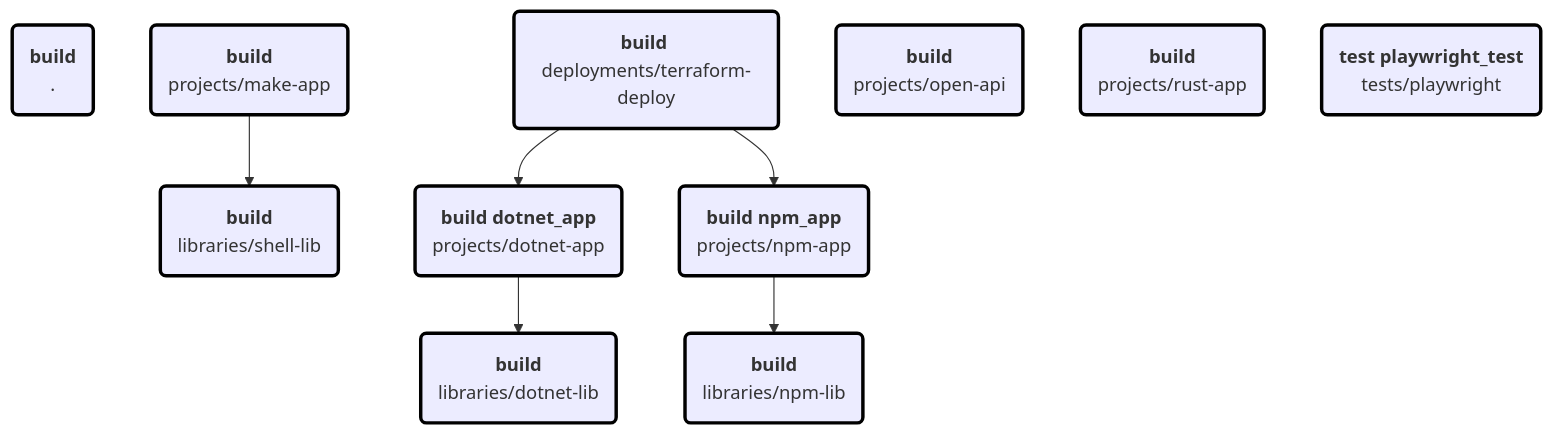
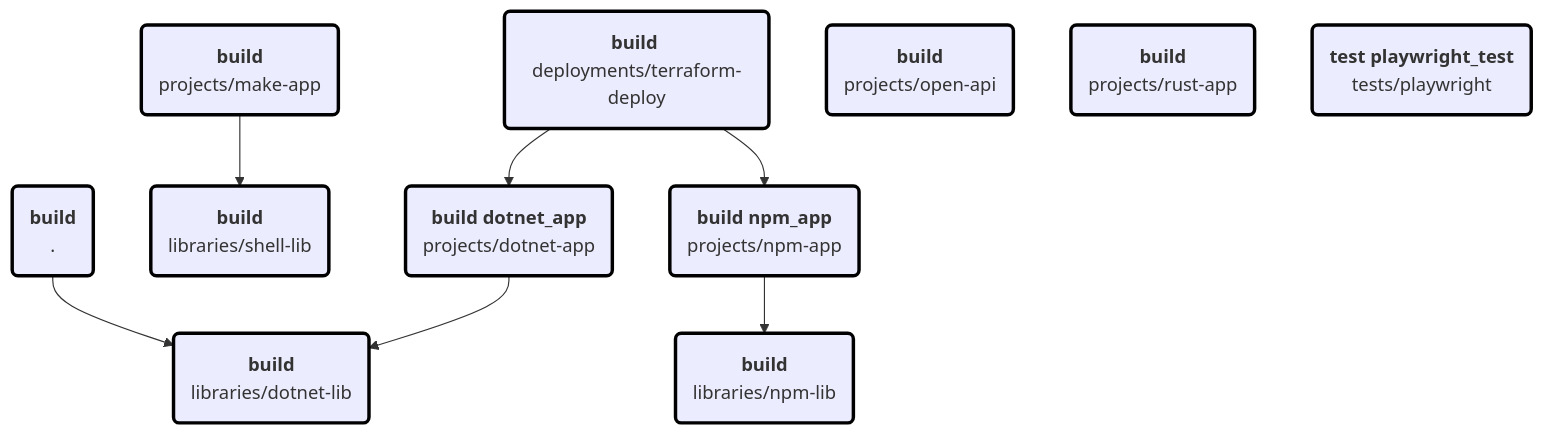
One commit to MagnusOpera/terrabuild changed the diagram in tests/simple/results/terrabuild-debug.info.md. Above: the diagram before and after it, drawn with Mermaid. The commit also changed 3 other files, not shown here.

````diff
--- a/tests/simple/results/terrabuild-debug.info.md
+++ b/tests/simple/results/terrabuild-debug.info.md
@@ -14,44 +14,45 @@
 ```mermaid
 flowchart TD
 classDef build stroke:red,stroke-width:3px
 classDef restore stroke:orange,stroke-width:3px
 classDef ignore stroke:black,stroke-width:3px
 76E6F8566C567ED61454D9A9EC6ED7D096DBD92DDB5CAD796F9B7EB5EB3595C6("<b>build</b> 
 .")
 deployments/terraform-deploy:build("<b>build</b> 
 deployments/terraform-deploy")
 libraries/dotnet-lib:build("<b>build</b> 
 libraries/dotnet-lib")
 libraries/npm-lib:build("<b>build</b> 
 libraries/npm-lib")
 libraries/shell-lib:build("<b>build</b> 
 libraries/shell-lib")
 projects/dotnet-app:build("<b>build dotnet_app</b> 
 projects/dotnet-app")
 projects/make-app:build("<b>build</b> 
 projects/make-app")
 projects/npm-app:build("<b>build npm_app</b> 
 projects/npm-app")
 projects/open-api:build("<b>build</b> 
 projects/open-api")
 projects/rust-app:build("<b>build</b> 
 projects/rust-app")
 tests/playwright:test("<b>test playwright_test</b> 
 tests/playwright")
+76E6F8566C567ED61454D9A9EC6ED7D096DBD92DDB5CAD796F9B7EB5EB3595C6 --> libraries/dotnet-lib:build
 class 76E6F8566C567ED61454D9A9EC6ED7D096DBD92DDB5CAD796F9B7EB5EB3595C6 ignore
 deployments/terraform-deploy:build --> projects/dotnet-app:build
 deployments/terraform-deploy:build --> projects/npm-app:build
 class deployments/terraform-deploy:build ignore
 class libraries/dotnet-lib:build ignore
 class libraries/npm-lib:build ignore
 class libraries/shell-lib:build ignore
 projects/dotnet-app:build --> libraries/dotnet-lib:build
 class projects/dotnet-app:build ignore
 projects/make-app:build --> libraries/shell-lib:build
 class projects/make-app:build ignore
 projects/npm-app:build --> libraries/npm-lib:build
 class projects/npm-app:build ignore
 class projects/open-api:build ignore
 class projects/rust-app:build ignore
 class tests/playwright:test ignore
 ```
````
